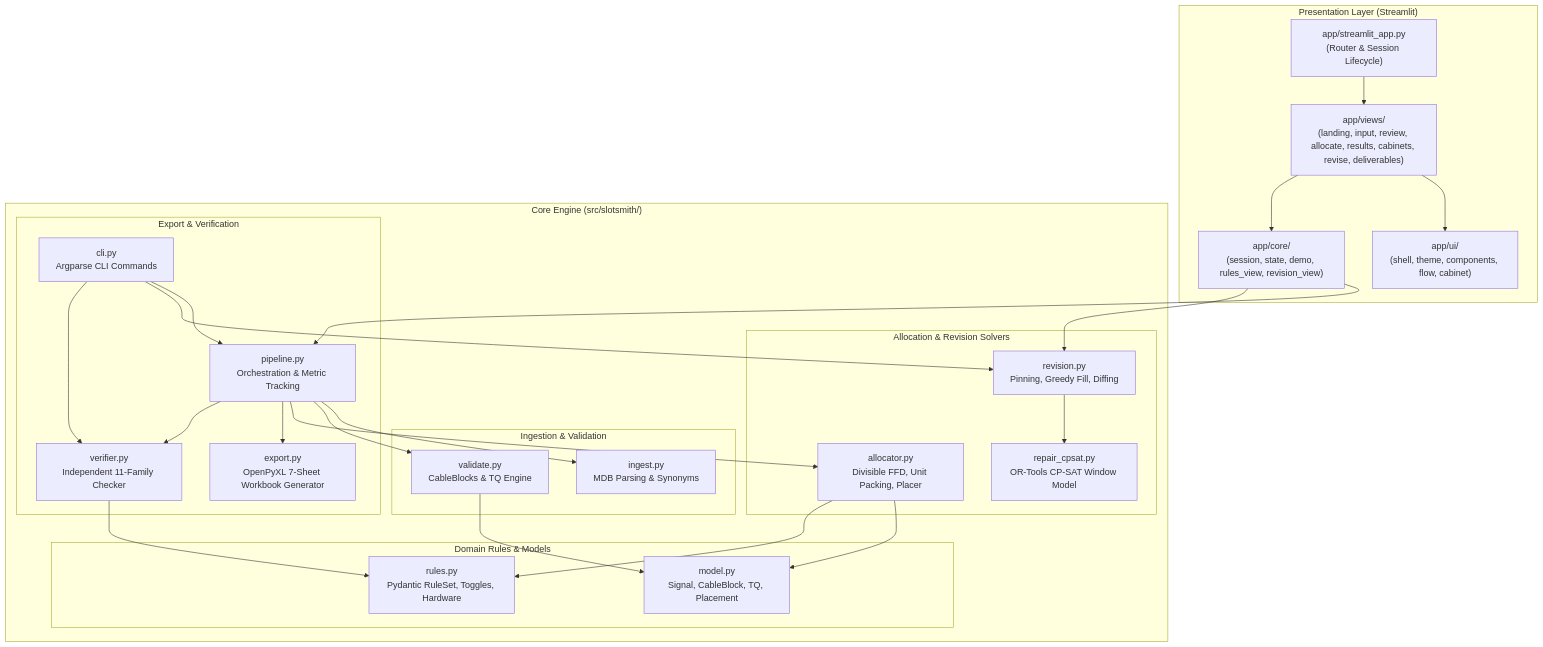
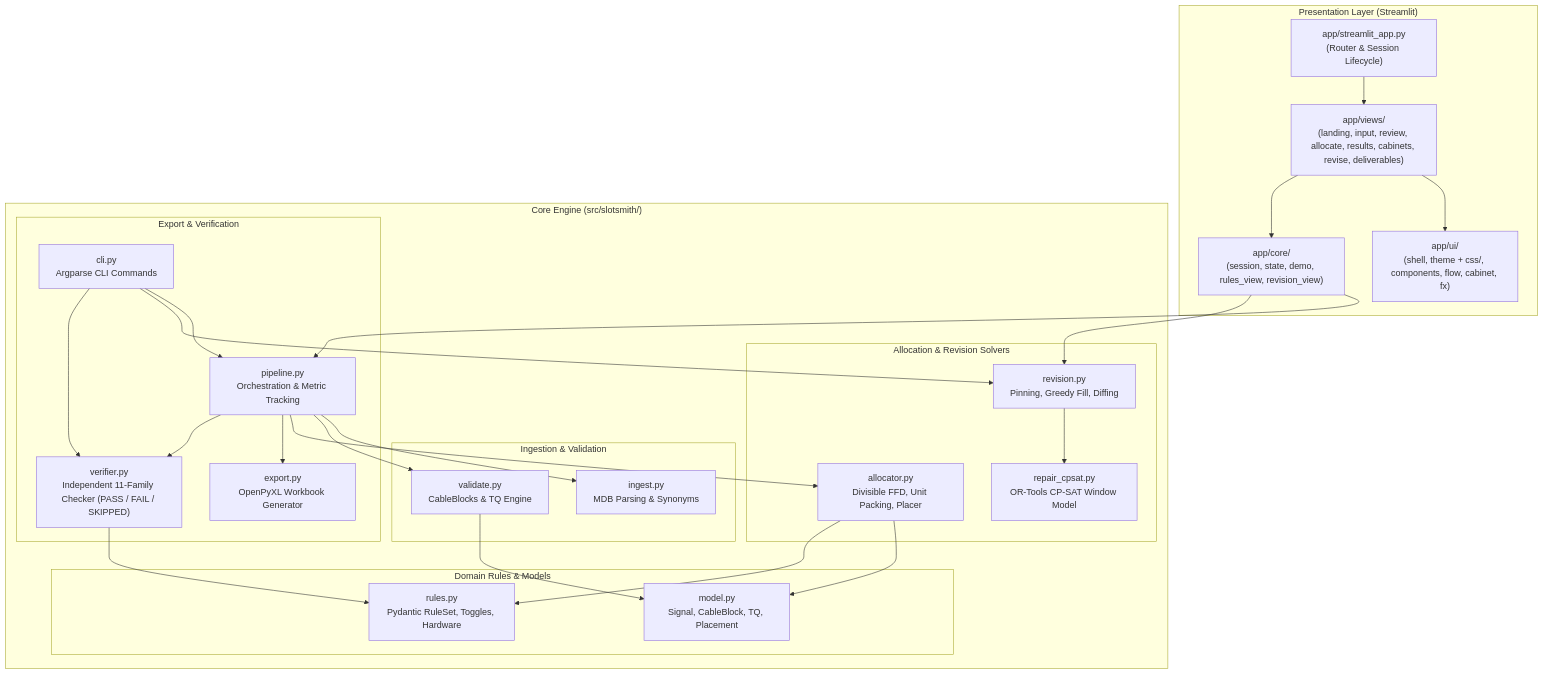
The second of 2 diagrams in README.md (Sidd927/SlotSmith), drawn with Mermaid before and after one commit. The commit also changed other lines of this file and 99 other files, not shown here.

````diff
--- a/README.md
+++ b/README.md
@@ -309,56 +309,56 @@
 ```mermaid
 graph TB
     subgraph Frontend ["Presentation Layer (Streamlit)"]
         UI_APP["app/streamlit_app.py<br/>(Router & Session Lifecycle)"]
         UI_VIEWS["app/views/<br/>(landing, input, review, allocate, results, cabinets, revise, deliverables)"]
-        UI_SHELL["app/ui/<br/>(shell, theme, components, flow, cabinet)"]
+        UI_SHELL["app/ui/<br/>(shell, theme + css/, components, flow, cabinet, fx)"]
         UI_CORE["app/core/<br/>(session, state, demo, rules_view, revision_view)"]
     end
 
     subgraph CoreEngine ["Core Engine (src/slotsmith/)"]
         subgraph IngestLayer ["Ingestion & Validation"]
             INGEST["ingest.py<br/>MDB Parsing & Synonyms"]
             VALID["validate.py<br/>CableBlocks & TQ Engine"]
         end
 
         subgraph RuleLayer ["Domain Rules & Models"]
             MODEL["model.py<br/>Signal, CableBlock, TQ, Placement"]
             RULES["rules.py<br/>Pydantic RuleSet, Toggles, Hardware"]
         end
 
         subgraph SolverLayer ["Allocation & Revision Solvers"]
             ALLOC["allocator.py<br/>Divisible FFD, Unit Packing, Placer"]
             REVISE["revision.py<br/>Pinning, Greedy Fill, Diffing"]
             CPSAT["repair_cpsat.py<br/>OR-Tools CP-SAT Window Model"]
         end
 
         subgraph OutputLayer ["Export & Verification"]
-            EXPORT["export.py<br/>OpenPyXL 7-Sheet Workbook Generator"]
-            VERIFY["verifier.py<br/>Independent 11-Family Checker"]
+            EXPORT["export.py<br/>OpenPyXL Workbook Generator"]
+            VERIFY["verifier.py<br/>Independent 11-Family Checker (PASS / FAIL / SKIPPED)"]
             PIPE["pipeline.py<br/>Orchestration & Metric Tracking"]
             CLI["cli.py<br/>Argparse CLI Commands"]
         end
     end
 
     UI_APP --> UI_VIEWS
     UI_VIEWS --> UI_SHELL
     UI_VIEWS --> UI_CORE
     UI_CORE --> PIPE
     UI_CORE --> REVISE
 
     CLI --> PIPE
     CLI --> REVISE
     CLI --> VERIFY
 
     PIPE --> INGEST
     PIPE --> VALID
     PIPE --> ALLOC
     PIPE --> EXPORT
     PIPE --> VERIFY
 
     VALID --> MODEL
     ALLOC --> MODEL
     ALLOC --> RULES
     VERIFY --> RULES
     REVISE --> CPSAT
 ```
````
